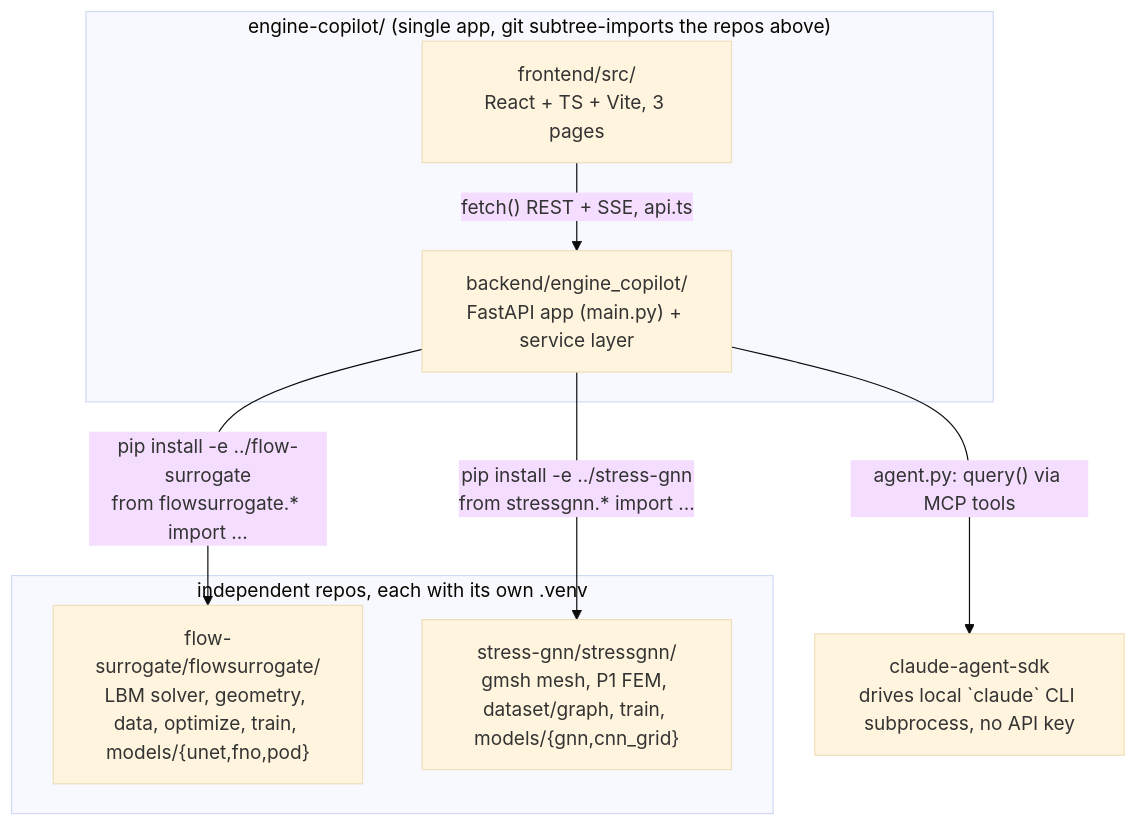
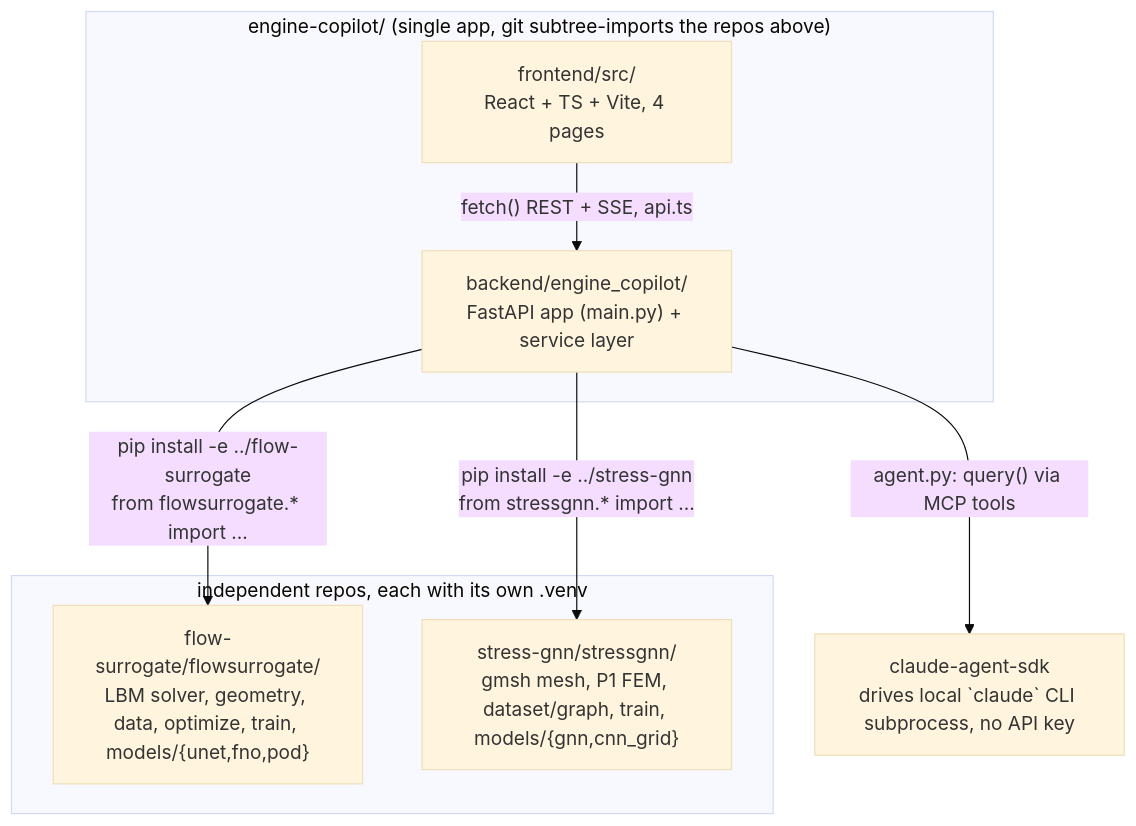
The diagram in KNOWLEDGE-GRAPH.md (PaulGregory1/surrogate-engineering), drawn with Mermaid (base theme) before and after one commit. The commit also changed other lines of this file and 12 other files, not shown here.

````diff
--- a/KNOWLEDGE-GRAPH.md
+++ b/KNOWLEDGE-GRAPH.md
@@ -40,17 +40,17 @@
 ```mermaid
 graph TD
   subgraph Research["independent repos, each with its own .venv"]
     FS["flow-surrogate/flowsurrogate/<br/>LBM solver, geometry, data, optimize, train, models/{unet,fno,pod}"]
     SG["stress-gnn/stressgnn/<br/>gmsh mesh, P1 FEM, dataset/graph, train, models/{gnn,cnn_grid}"]
   end
   subgraph Platform["engine-copilot/ (single app, git subtree-imports the repos above)"]
     BE["backend/engine_copilot/<br/>FastAPI app (main.py) + service layer"]
-    FE["frontend/src/<br/>React + TS + Vite, 3 pages"]
+    FE["frontend/src/<br/>React + TS + Vite, 4 pages"]
   end
   SDK["claude-agent-sdk<br/>drives local `claude` CLI subprocess, no API key"]
 
   BE -->|"pip install -e ../flow-surrogate<br/>from flowsurrogate.* import ..."| FS
   BE -->|"pip install -e ../stress-gnn<br/>from stressgnn.* import ..."| SG
   BE -->|"agent.py: query() via MCP tools"| SDK
   FE -->|"fetch() REST + SSE, api.ts"| BE
 ```
````
